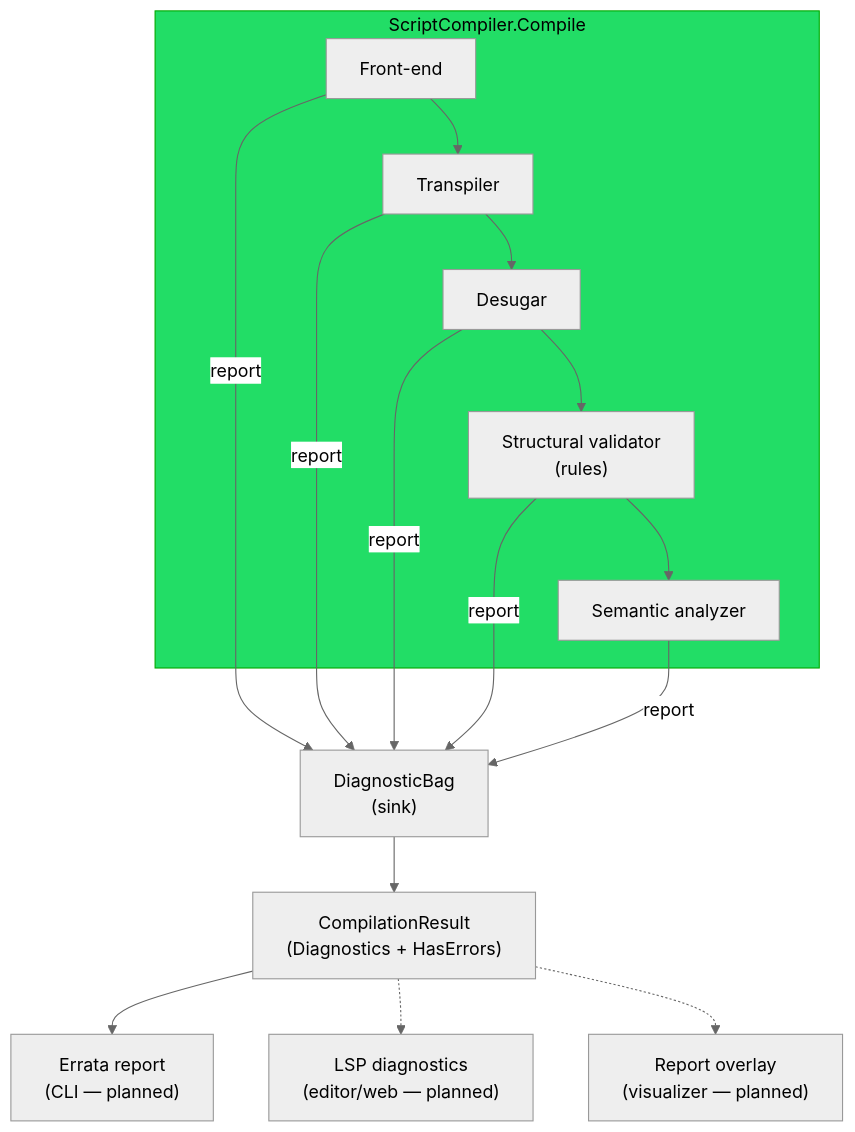
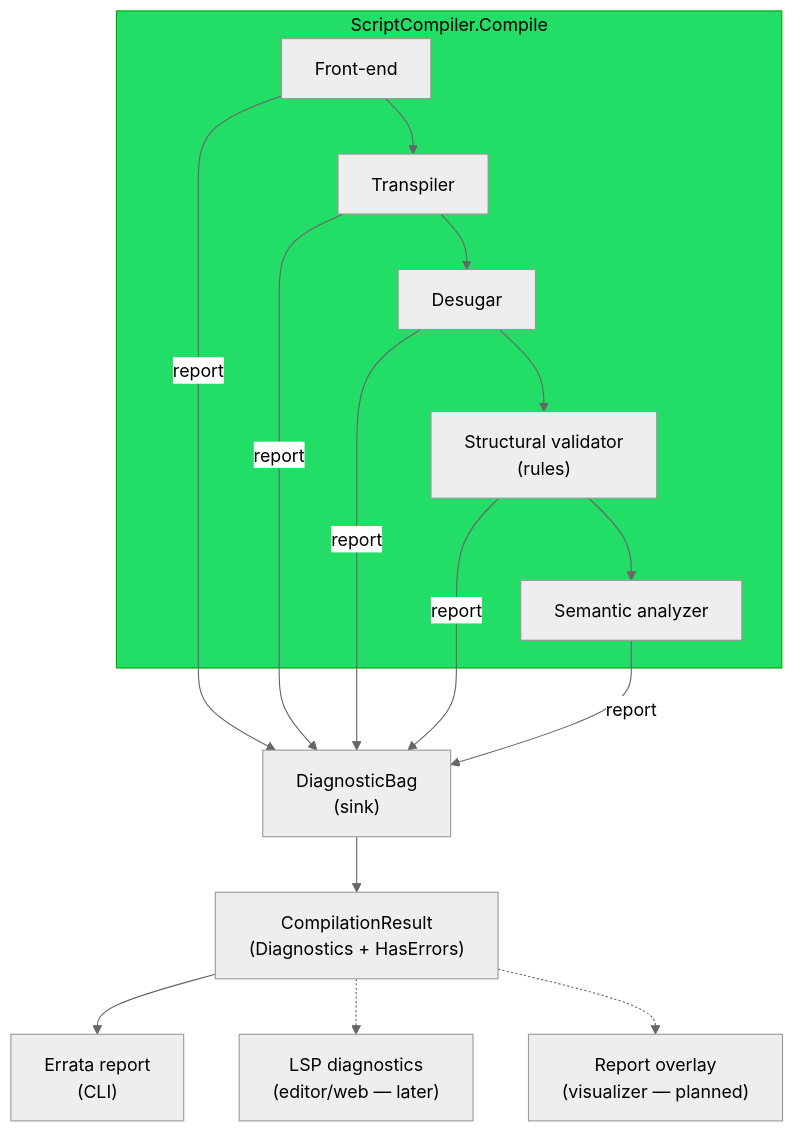
One commit to pengzhengyi/dialoguedown changed the first of 2 diagrams in docs/contributing/design-notes/diagnostics/Diagnostics and Validation.md. Above: the diagram before and after it, drawn with Mermaid (neutral theme). The commit also changed other lines of this file and 11 other files, not shown here.

First line of the commit message:
docs: report the shipped runtime, CLI, and pipeline stages (#466)

````diff
--- a/docs/contributing/design-notes/diagnostics/Diagnostics and Validation.md
+++ b/docs/contributing/design-notes/diagnostics/Diagnostics and Validation.md
@@ -105,16 +105,16 @@
 ```mermaid
 flowchart TB
     subgraph compile["ScriptCompiler.Compile"]
         FE["Front-end"] --> TR["Transpiler"] --> DE["Desugar"] --> VAL["Structural validator<br/>(rules)"] --> SA["Semantic analyzer"]
     end
     FE -- report --> BAG["DiagnosticBag<br/>(sink)"]
     TR -- report --> BAG
     DE -- report --> BAG
     VAL -- report --> BAG
     SA -- report --> BAG
     BAG --> RES["CompilationResult<br/>(Diagnostics + HasErrors)"]
-    RES --> ERR["Errata report<br/>(CLI — planned)"]
-    RES -.-> LSP["LSP diagnostics<br/>(editor/web — planned)"]
+    RES --> ERR["Errata report<br/>(CLI)"]
+    RES -.-> LSP["LSP diagnostics<br/>(editor/web — later)"]
     RES -.-> WEB["Report overlay<br/>(visualizer — planned)"]
     style compile fill:#2d6,stroke:#0a0,color:#000
 ```
````
